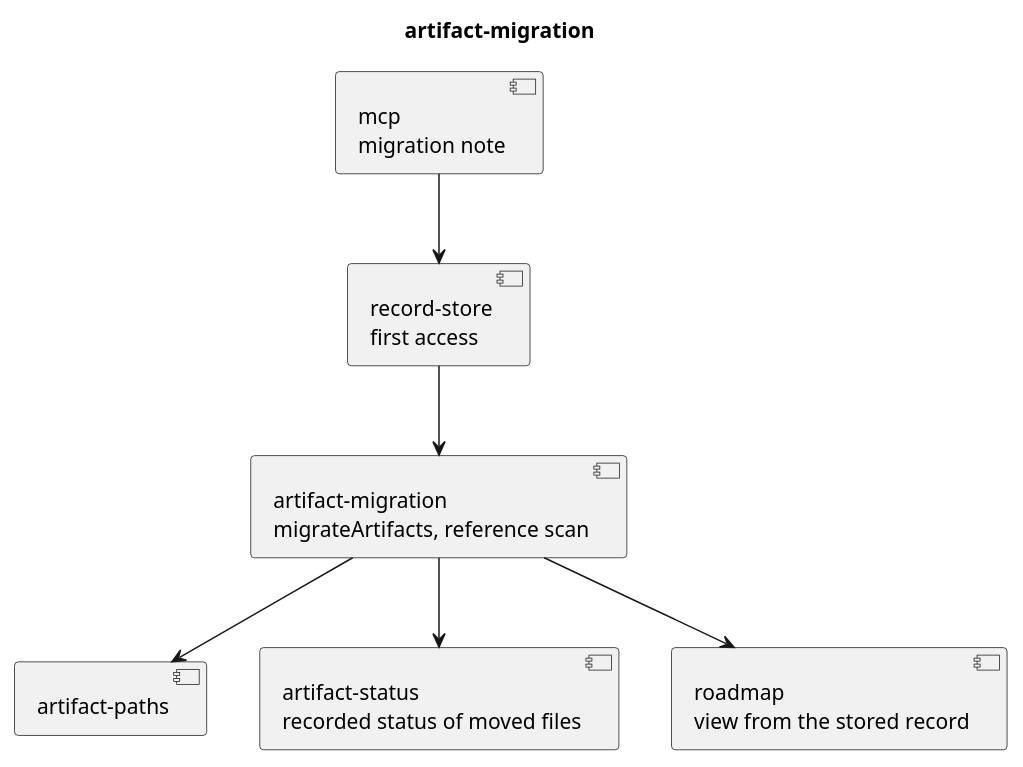
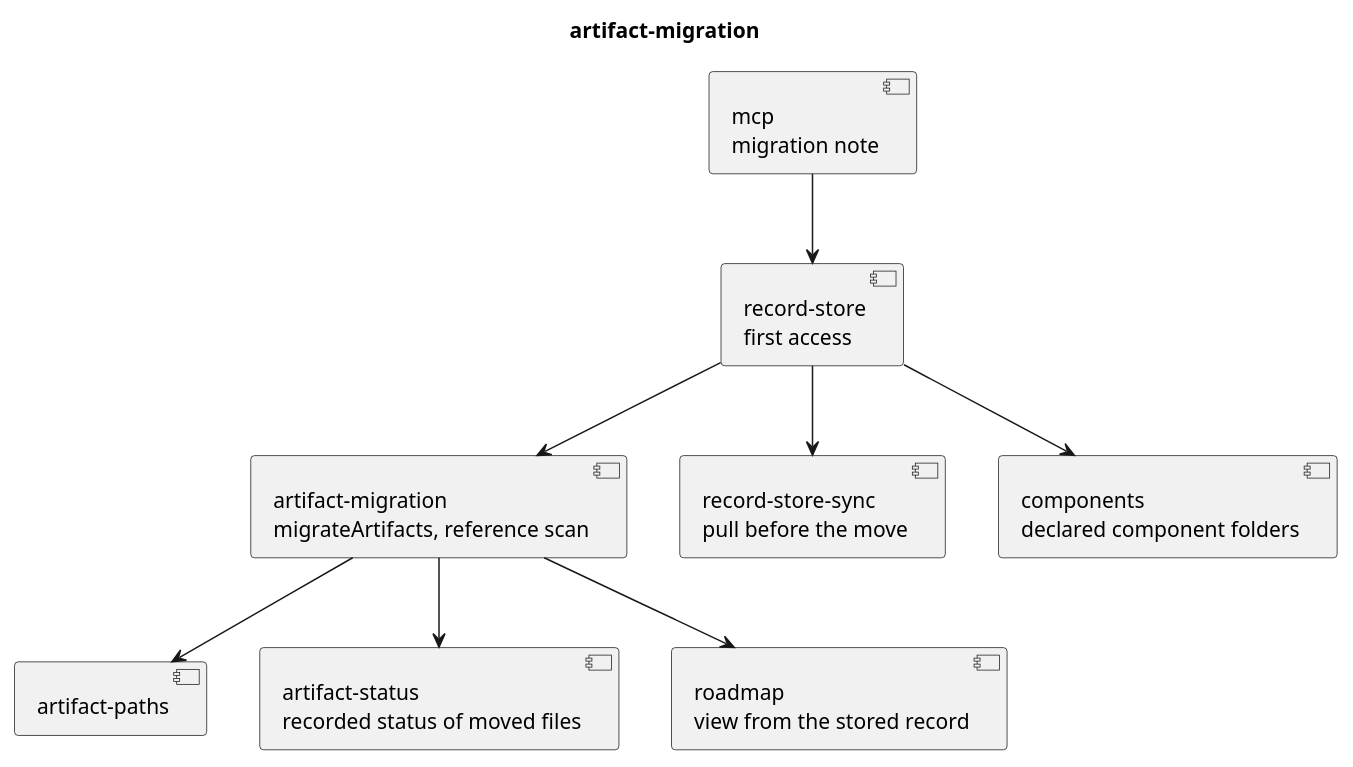
Before and after one commit to RumyantsevMichael/Prism: the diagram in docs/plans/workspace-artifacts/artifact-migration/code.puml, drawn with PlantUML. The commit also changed 3 other files, not shown here.

```diff
--- a/docs/plans/workspace-artifacts/artifact-migration/code.puml
+++ b/docs/plans/workspace-artifacts/artifact-migration/code.puml
@@ -1,16 +1,20 @@
 @startuml
 title artifact-migration
 
 component "record-store\nfirst access" as store
 component "artifact-migration\nmigrateArtifacts, reference scan" as migration
 component "artifact-paths" as paths
 component "artifact-status\nrecorded status of moved files" as status
 component "mcp\nmigration note" as mcp
 component "roadmap\nview from the stored record" as roadmap
+component "record-store-sync\npull before the move" as sync
+component "components\ndeclared component folders" as components
 
 store --> migration
 migration --> paths
 migration --> status
 migration --> roadmap
+store --> sync
+store --> components
 mcp --> store
 @enduml
```
